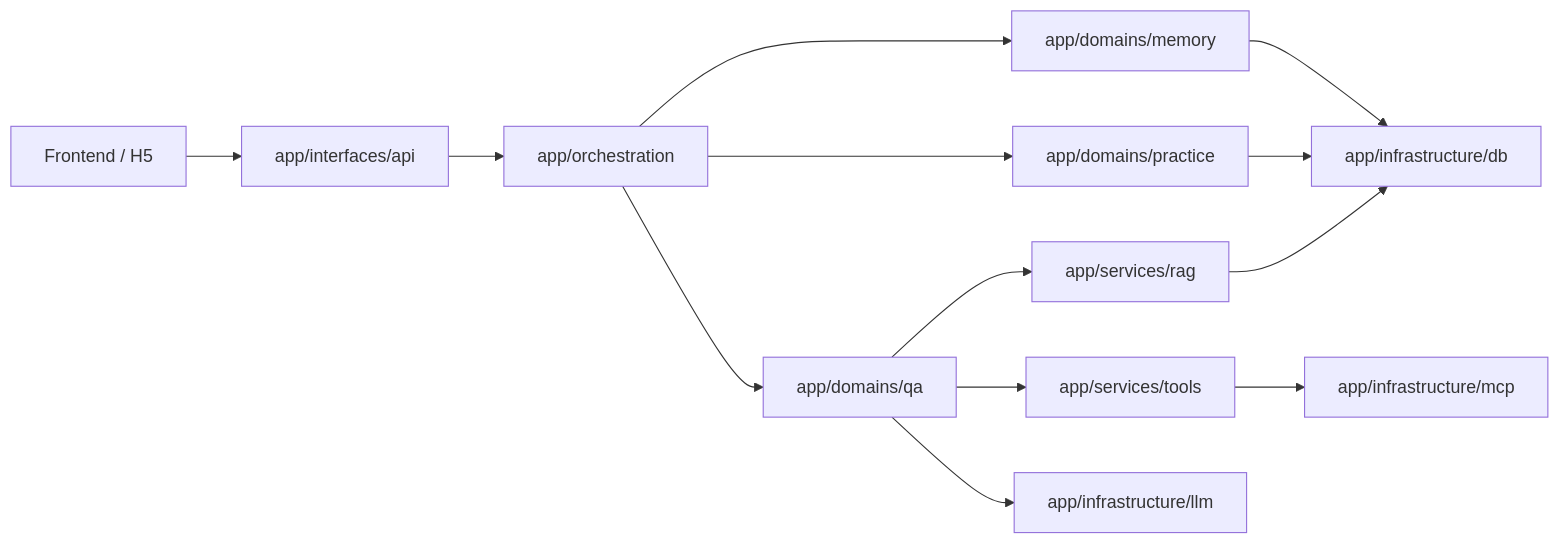
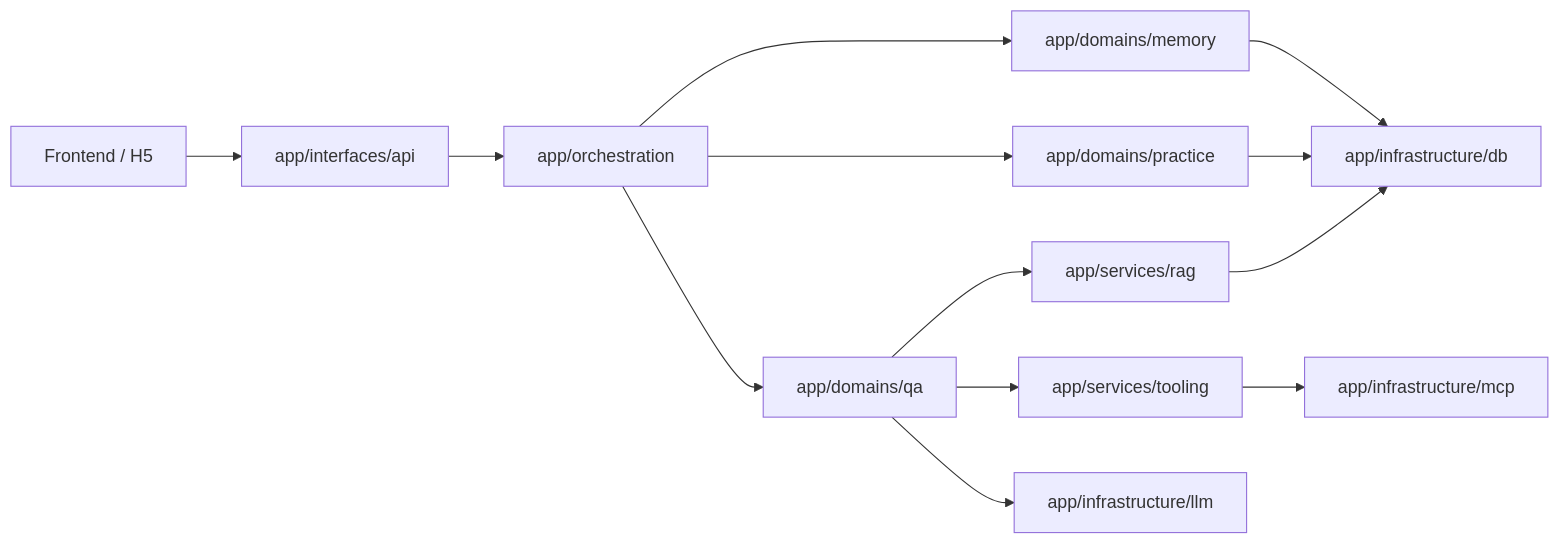
The diagram in docs/backend-design-logic-zh.md (Xiaomuw/Learning-assistant), drawn with Mermaid before and after one commit. The commit also changed other lines of this file and 94 other files, not shown here.

Commit message:
feat: sync graph practice auth and weapp updates

````diff
--- a/docs/backend-design-logic-zh.md
+++ b/docs/backend-design-logic-zh.md
@@ -29,15 +29,15 @@
 ```mermaid
 flowchart LR
     Client["Frontend / H5"] --> API["app/interfaces/api"]
     API --> ORCH["app/orchestration"]
     ORCH --> QA["app/domains/qa"]
     ORCH --> MEM["app/domains/memory"]
     ORCH --> PRA["app/domains/practice"]
     QA --> RET["app/services/rag"]
-    QA --> TOOLS["app/services/tools"]
+    QA --> TOOLS["app/services/tooling"]
     QA --> LLM["app/infrastructure/llm"]
     MEM --> DB["app/infrastructure/db"]
     PRA --> DB
     RET --> DB
     TOOLS --> MCP["app/infrastructure/mcp"]
 ```
````
